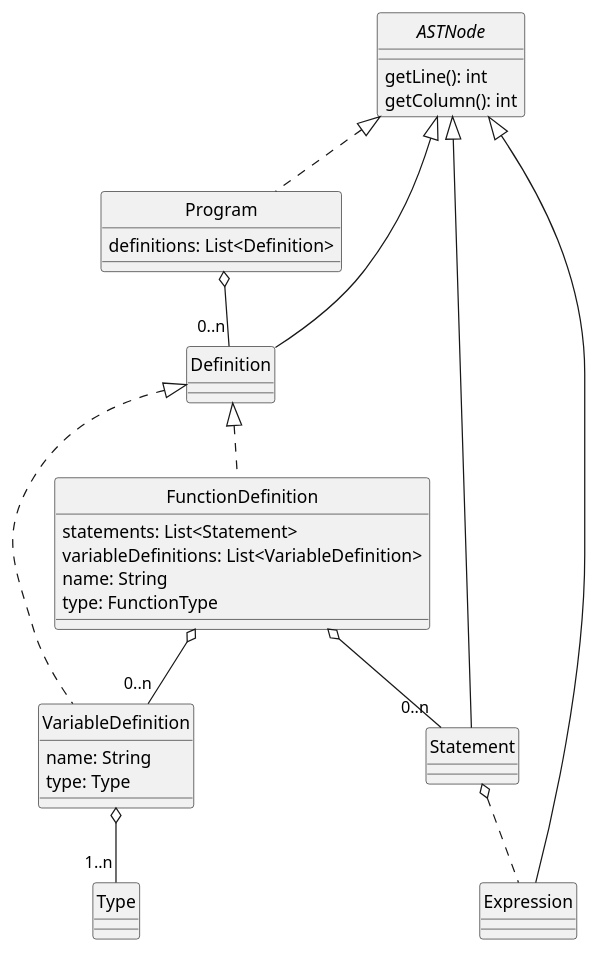
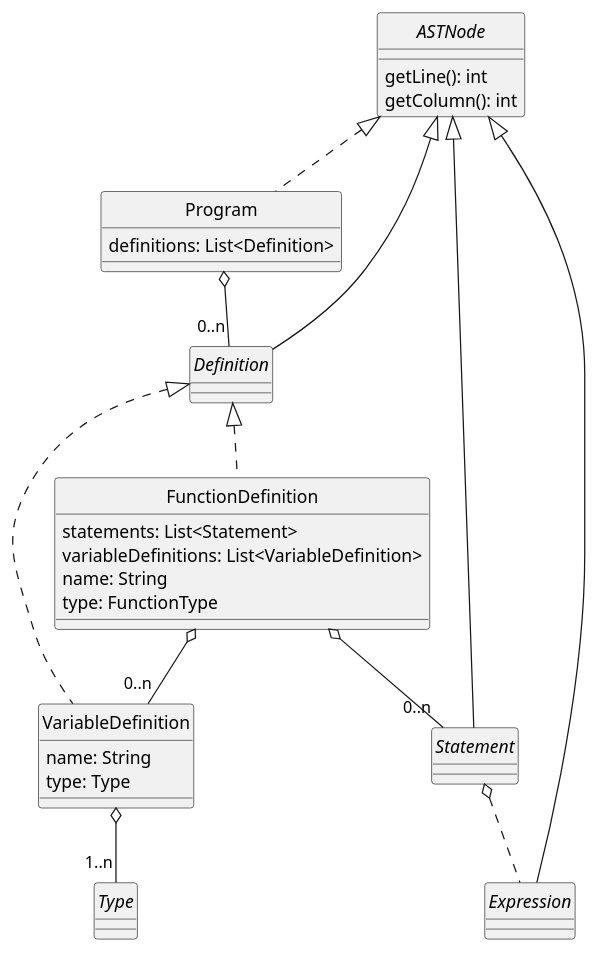
One commit to uo271288/dlp-compiler changed the diagram in docs/diagrams/program.plantuml. Above: the diagram before and after it, drawn with PlantUML. The commit also changed 70 other files, not shown here.

Commit message:
Created the classes following the AST Diagrams Also reorganized the packages and fixed some errors in Program Diagram

```diff
--- a/docs/diagrams/program.plantuml
+++ b/docs/diagrams/program.plantuml
@@ -1,47 +1,47 @@
 @startuml Program
 skinparam style strictuml
 skinparam monochrome true
 
 
 interface ASTNode {
     getLine(): int
     getColumn(): int
 }
 
 class Program {
     definitions: List<Definition>
 }
 
-class Statement
+interface Statement
 
-class Expression
+interface Expression
 
-class Definition
+interface Definition
 
 class VariableDefinition {
     name: String
     type: Type
 }
 
 class FunctionDefinition {
     statements: List<Statement>
     variableDefinitions: List<VariableDefinition>
     name: String
     type: FunctionType
 }
 
-class Type
+interface Type
 
 ASTNode <|.. Program
 ASTNode <|-- Statement
 ASTNode <|-- Expression
 ASTNode <|-- Definition
 Program o-- "0..n" Definition
 Statement o.. Expression
 Definition <|.. VariableDefinition
 Definition <|.. FunctionDefinition
 FunctionDefinition o-- "0..n" Statement
 FunctionDefinition o-- "0..n" VariableDefinition
 VariableDefinition o-- "1..n" Type
 
 @enduml
```
